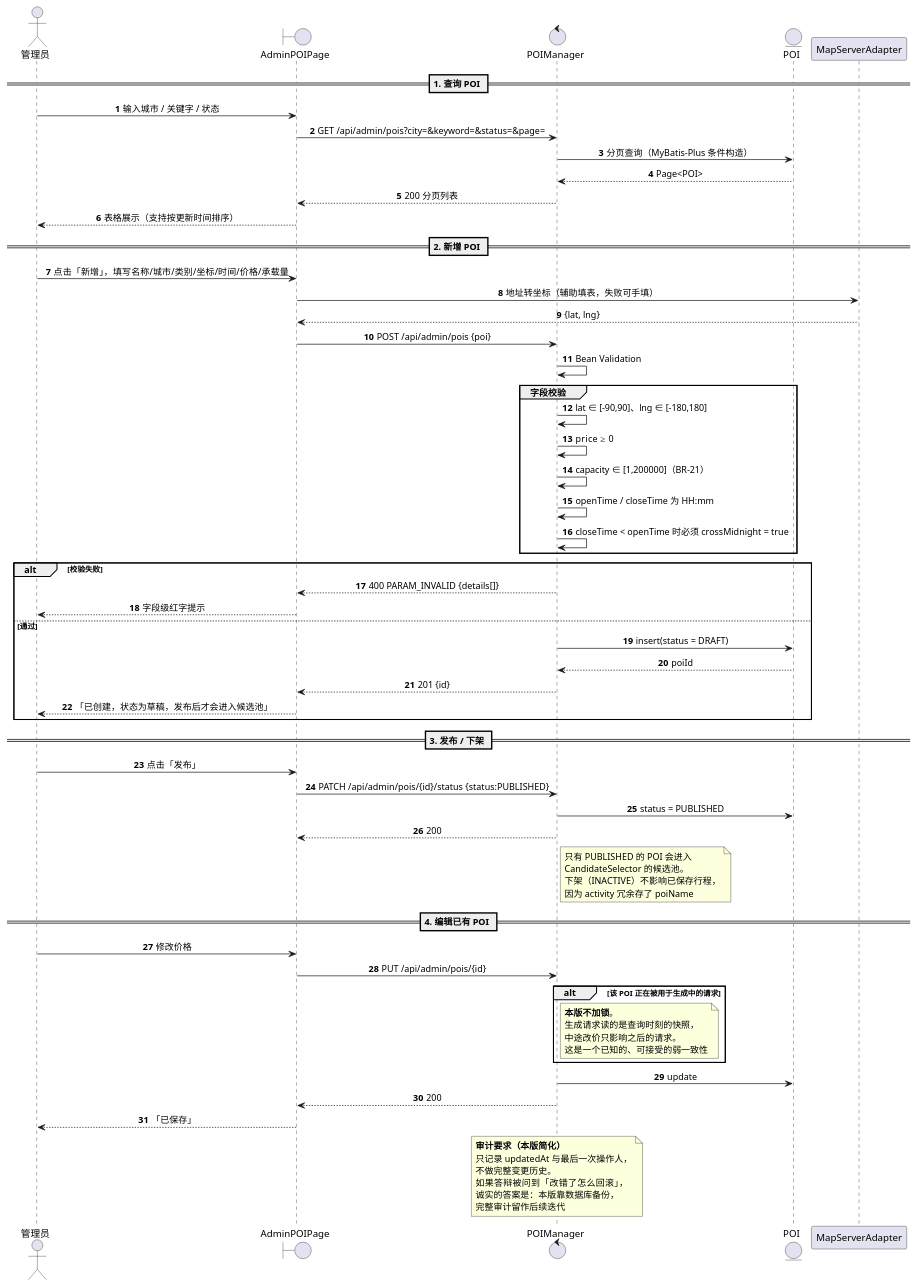
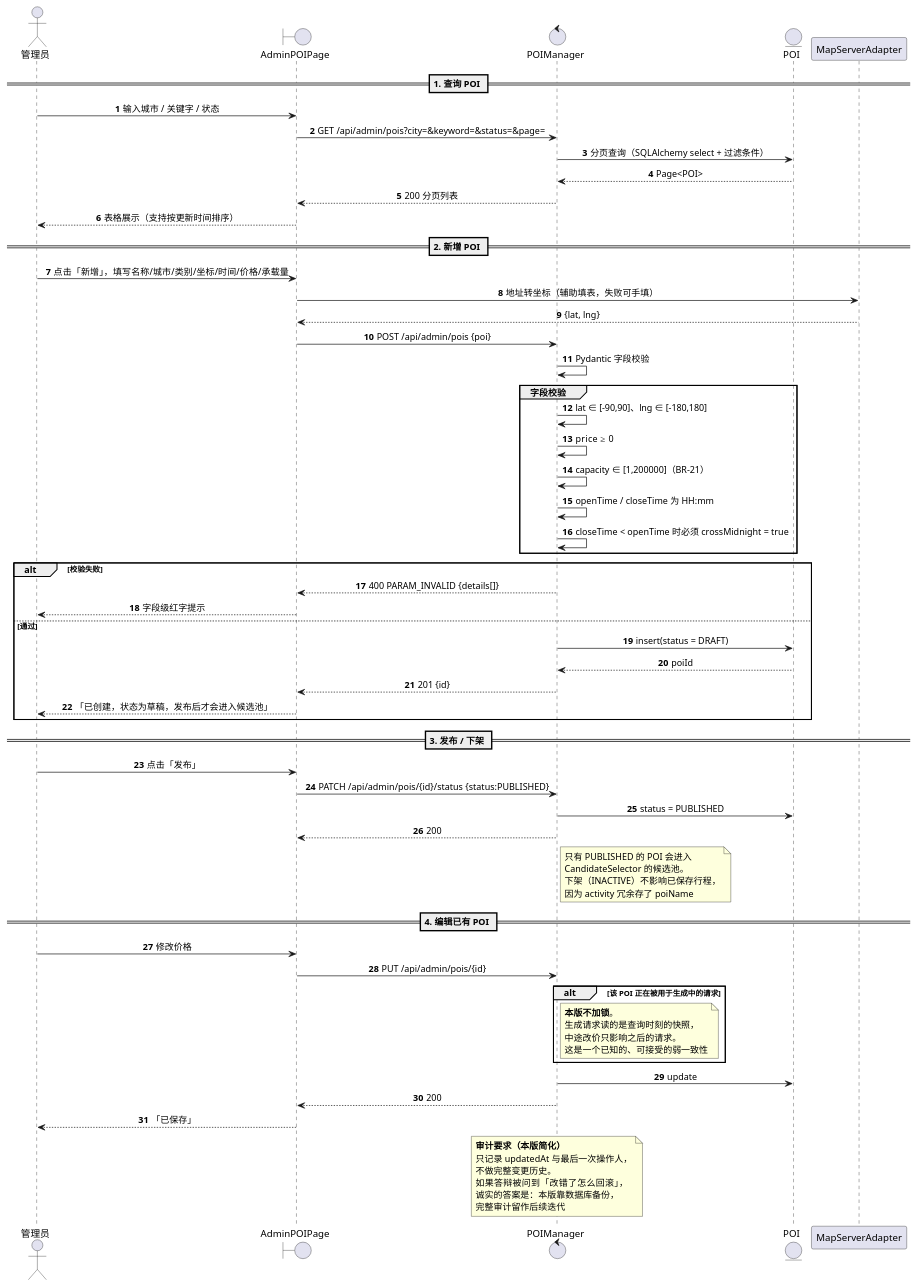
One commit to encoY3332333/transparent-umbrella changed the diagram in docs/diagrams/seq-uc08-poi-admin.puml. Above: the diagram before and after it, drawn with PlantUML. The commit also changed 28 other files, not shown here.

```diff
--- a/docs/diagrams/seq-uc08-poi-admin.puml
+++ b/docs/diagrams/seq-uc08-poi-admin.puml
@@ -1,85 +1,85 @@
 @startuml seq-uc08-poi-admin
 ' UC-08 POI 与活动数据维护 · 顺序图
 ' 对应 SRS 3.3.8 与 docs/api.md 9.1–9.4
 
 skinparam shadowing false
 skinparam defaultFontName "Microsoft YaHei"
 skinparam sequenceMessageAlign center
 autonumber
 
 actor "管理员" as A
 boundary "AdminPOIPage" as UI
 control "POIManager" as PM
 entity "POI" as POI
 participant "MapServerAdapter" as MSA
 
 == 1. 查询 POI ==
 A -> UI : 输入城市 / 关键字 / 状态
 UI -> PM : GET /api/admin/pois?city=&keyword=&status=&page=
-PM -> POI : 分页查询（MyBatis-Plus 条件构造）
+PM -> POI : 分页查询（SQLAlchemy select + 过滤条件）
 POI --> PM : Page<POI>
 PM --> UI : 200 分页列表
 UI --> A : 表格展示（支持按更新时间排序）
 
 == 2. 新增 POI ==
 A -> UI : 点击「新增」，填写名称/城市/类别/坐标/时间/价格/承载量
 UI -> MSA : 地址转坐标（辅助填表，失败可手填）
 MSA --> UI : {lat, lng}
 UI -> PM : POST /api/admin/pois {poi}
-PM -> PM : Bean Validation
+PM -> PM : Pydantic 字段校验
 
 group 字段校验
   PM -> PM : lat ∈ [-90,90]、lng ∈ [-180,180]
   PM -> PM : price ≥ 0
   PM -> PM : capacity ∈ [1,200000]（BR-21）
   PM -> PM : openTime / closeTime 为 HH:mm
   PM -> PM : closeTime < openTime 时必须 crossMidnight = true
 end
 
 alt 校验失败
   PM --> UI : 400 PARAM_INVALID {details[]}
   UI --> A : 字段级红字提示
 else 通过
   PM -> POI : insert(status = DRAFT)
   POI --> PM : poiId
   PM --> UI : 201 {id}
   UI --> A : 「已创建，状态为草稿，发布后才会进入候选池」
 end
 
 == 3. 发布 / 下架 ==
 A -> UI : 点击「发布」
 UI -> PM : PATCH /api/admin/pois/{id}/status {status:PUBLISHED}
 PM -> POI : status = PUBLISHED
 PM --> UI : 200
 note right of PM
   只有 PUBLISHED 的 POI 会进入
   CandidateSelector 的候选池。
   下架（INACTIVE）不影响已保存行程，
   因为 activity 冗余存了 poiName
 end note
 
 == 4. 编辑已有 POI ==
 A -> UI : 修改价格
 UI -> PM : PUT /api/admin/pois/{id}
 alt 该 POI 正在被用于生成中的请求
   note right of PM
     **本版不加锁**。
     生成请求读的是查询时刻的快照，
     中途改价只影响之后的请求。
     这是一个已知的、可接受的弱一致性
   end note
 end
 PM -> POI : update
 PM --> UI : 200
 UI --> A : 「已保存」
 
 note over PM
   **审计要求（本版简化）**
   只记录 updatedAt 与最后一次操作人，
   不做完整变更历史。
   如果答辩被问到「改错了怎么回滚」，
   诚实的答案是：本版靠数据库备份，
   完整审计留作后续迭代
 end note
 
 @enduml
```
